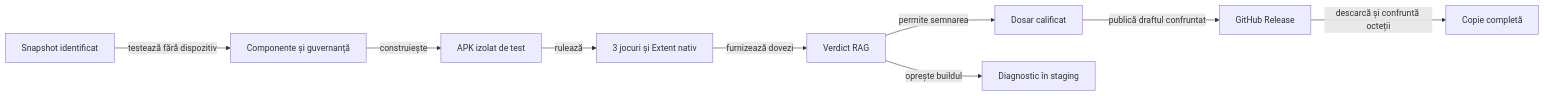
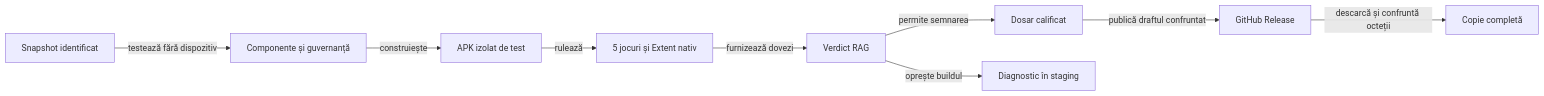
One commit to crististefanita/atf_j5 changed the diagram in docs/rentz/ATF_Release.md. Above: the diagram before and after it, drawn with Mermaid. The commit also changed other lines of this file and 61 other files, not shown here.

````diff
--- a/docs/rentz/ATF_Release.md
+++ b/docs/rentz/ATF_Release.md
@@ -51,11 +51,11 @@
 ```mermaid
 flowchart LR
     SOURCE[Snapshot identificat] -->|testează fără dispozitiv| CHECK[Componente și guvernanță]
     CHECK -->|construiește| ARTIFACT[APK izolat de test]
-    ARTIFACT -->|rulează| UIE2E[3 jocuri și Extent nativ]
+    ARTIFACT -->|rulează| UIE2E[5 jocuri și Extent nativ]
     UIE2E -->|furnizează dovezi| RAG[Verdict RAG]
     RAG -->|permite semnarea| READY[Dosar calificat]
     RAG -->|oprește buildul| BLOCKED[Diagnostic în staging]
     READY -->|publică draftul confruntat| RELEASE[GitHub Release]
     RELEASE -->|descarcă și confruntă octeții| FILE[Copie completă]
 ```
````
